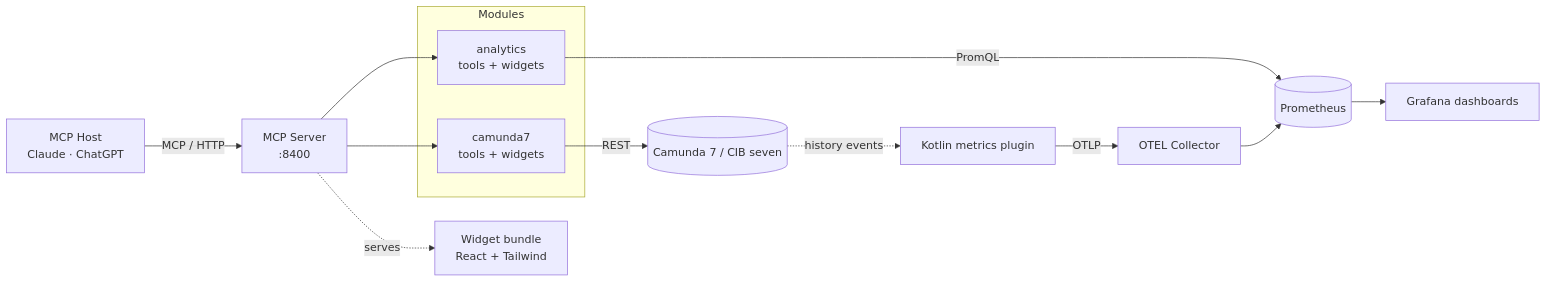
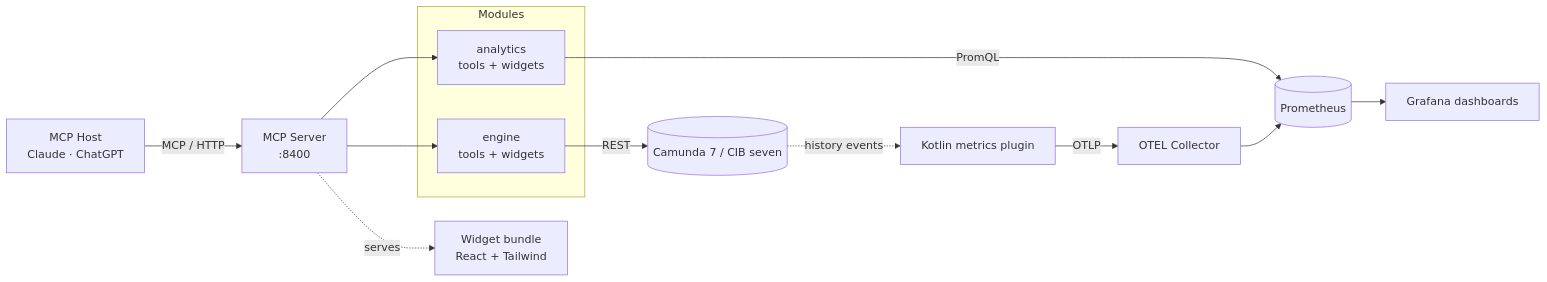
Before and after one commit to Miragon/pulse: the diagram in docs/mcp/architecture.md, drawn with Mermaid. The commit also changed other lines of this file and 740 other files, not shown here.

````diff
--- a/docs/mcp/architecture.md
+++ b/docs/mcp/architecture.md
@@ -10,22 +10,22 @@
 ```mermaid
 flowchart LR
   Host[MCP Host<br/>Claude · ChatGPT] -->|MCP / HTTP| Server[MCP Server<br/>:8400]
 
   subgraph Modules
-    Camunda7[camunda7<br/>tools + widgets]
+    EngineModule[engine<br/>tools + widgets]
     Analytics[analytics<br/>tools + widgets]
   end
 
-  Server --> Camunda7
+  Server --> EngineModule
   Server --> Analytics
 
-  Camunda7 -->|REST| Engine[(Camunda 7 / CIB seven)]
+  EngineModule -->|REST| Engine[(Camunda 7 / CIB seven)]
   Analytics -->|PromQL| Prom[(Prometheus)]
 
   Engine -. history events .-> Plugin[Kotlin metrics plugin]
   Plugin -- OTLP --> Collector[OTEL Collector]
   Collector --> Prom
   Prom --> Grafana[Grafana dashboards]
 
   Server -. serves .-> Widgets[Widget bundle<br/>React + Tailwind]
 ```
````
